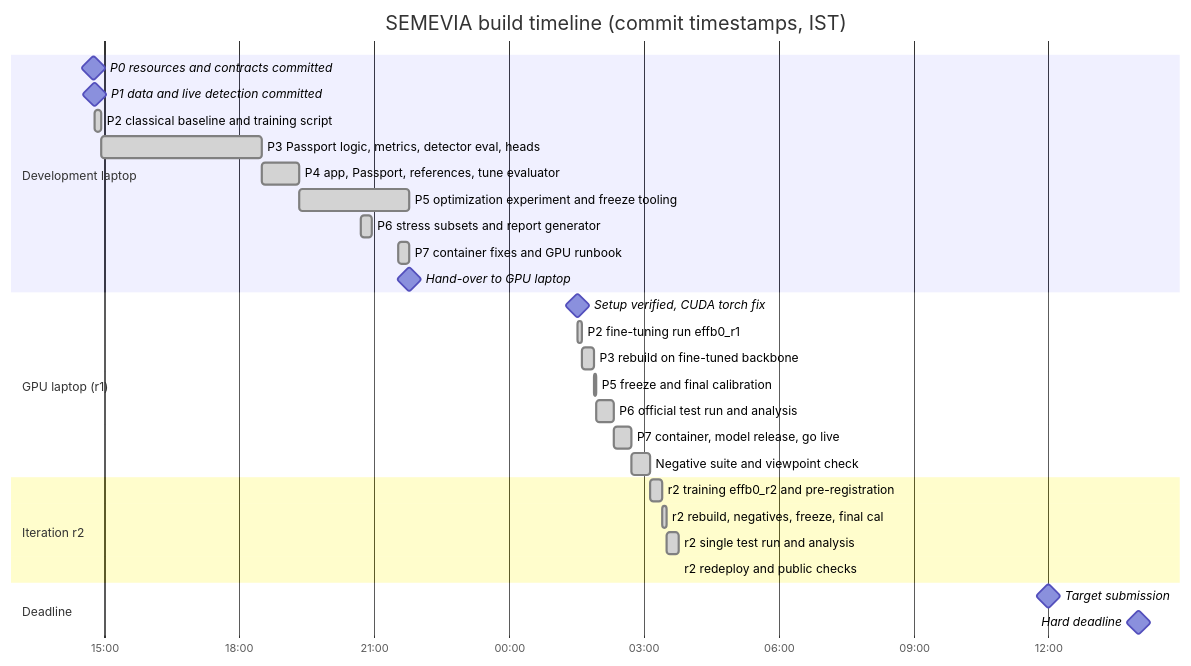
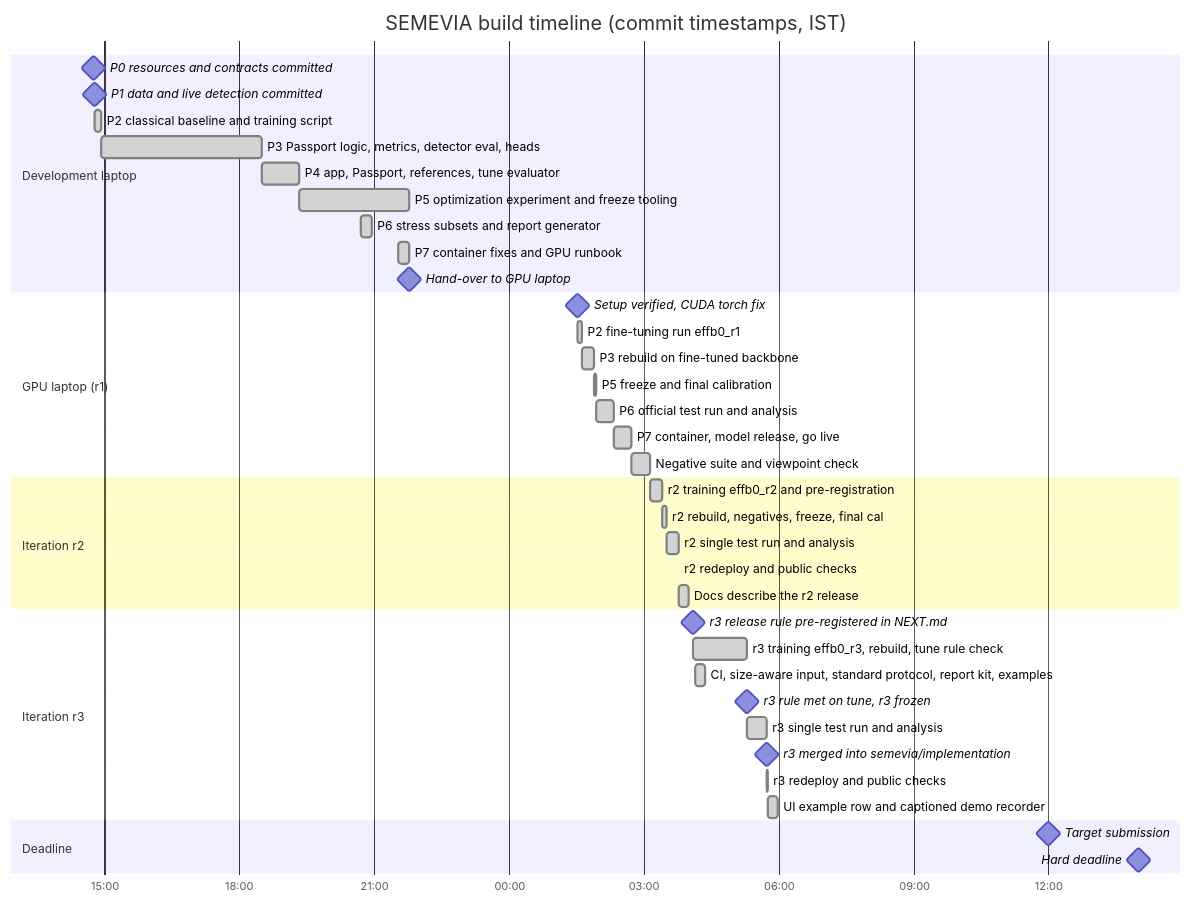
The first of 2 diagrams in docs/timeline.md (DuhItzAniket/SEMEVIA), drawn with Mermaid before and after one commit. The commit also changed other lines of this file and 15 other files, not shown here.

First line of the commit message:
docs: describe the released r3 everywhere; exact iteration and test-use history

````diff
--- a/docs/timeline.md
+++ b/docs/timeline.md
@@ -34,37 +37,48 @@
 ```mermaid
 gantt
     title SEMEVIA build timeline (commit timestamps, IST)
     dateFormat YYYY-MM-DD HH:mm
     axisFormat %H:%M
     todayMarker off
 
     section Development laptop
     P0 resources and contracts committed        :milestone, p0, 2026-11-06 14:46, 0d
     P1 data and live detection committed        :milestone, p1, 2026-11-06 14:47, 0d
     P2 classical baseline and training script   :done, p2a, 2026-11-06 14:47, 2026-11-06 14:57
     P3 Passport logic, metrics, detector eval, heads :done, p3a, 2026-11-06 14:57, 2026-11-06 18:30
     P4 app, Passport, references, tune evaluator :done, p4a, 2026-11-06 18:30, 2026-11-06 19:21
     P5 optimization experiment and freeze tooling :done, p5a, 2026-11-06 19:21, 2026-11-06 21:47
     P6 stress subsets and report generator      :done, p6a, 2026-11-06 20:42, 2026-11-06 20:57
     P7 container fixes and GPU runbook          :done, p7a, 2026-11-06 21:33, 2026-11-06 21:47
     Hand-over to GPU laptop                     :milestone, ho, 2026-11-06 21:47, 0d
 
     section GPU laptop (r1)
     Setup verified, CUDA torch fix              :milestone, s1, 2026-11-07 01:31, 0d
     P2 fine-tuning run effb0_r1                 :done, p2b, 2026-11-07 01:31, 2026-11-07 01:37
     P3 rebuild on fine-tuned backbone           :done, p3b, 2026-11-07 01:37, 2026-11-07 01:53
     P5 freeze and final calibration             :done, p5b, 2026-11-07 01:53, 2026-11-07 01:56
     P6 official test run and analysis           :done, p6b, 2026-11-07 01:56, 2026-11-07 02:20
     P7 container, model release, go live        :done, p7b, 2026-11-07 02:20, 2026-11-07 02:43
     Negative suite and viewpoint check          :done, neg, 2026-11-07 02:43, 2026-11-07 03:09
 
     section Iteration r2
     r2 training effb0_r2 and pre-registration   :done, r2a, 2026-11-07 03:09, 2026-11-07 03:25
     r2 rebuild, negatives, freeze, final cal    :done, r2b, 2026-11-07 03:25, 2026-11-07 03:30
     r2 single test run and analysis             :done, r2c, 2026-11-07 03:30, 2026-11-07 03:46
     r2 redeploy and public checks               :done, r2d, 2026-11-07 03:46, 2026-11-07 03:47
+    Docs describe the r2 release                :done, r2e, 2026-11-07 03:47, 2026-11-07 04:00
+
+    section Iteration r3
+    r3 release rule pre-registered in NEXT.md   :milestone, r3p, 2026-11-07 04:05, 0d
+    r3 training effb0_r3, rebuild, tune rule check :done, r3a, 2026-11-07 04:05, 2026-11-07 05:18
+    CI, size-aware input, standard protocol, report kit, examples :done, r3t, 2026-11-07 04:09, 2026-11-07 04:22
+    r3 rule met on tune, r3 frozen              :milestone, r3m, 2026-11-07 05:18, 0d
+    r3 single test run and analysis             :done, r3b, 2026-11-07 05:18, 2026-11-07 05:44
+    r3 merged into semevia/implementation       :milestone, r3g, 2026-11-07 05:44, 0d
+    r3 redeploy and public checks               :done, r3c, 2026-11-07 05:44, 2026-11-07 05:46
+    UI example row and captioned demo recorder  :done, r3d, 2026-11-07 05:46, 2026-11-07 05:58
 
     section Deadline
     Target submission                           :milestone, dl1, 2026-11-07 12:00, 0d
     Hard deadline                               :milestone, dl2, 2026-11-07 14:00, 0d
 ```
````
